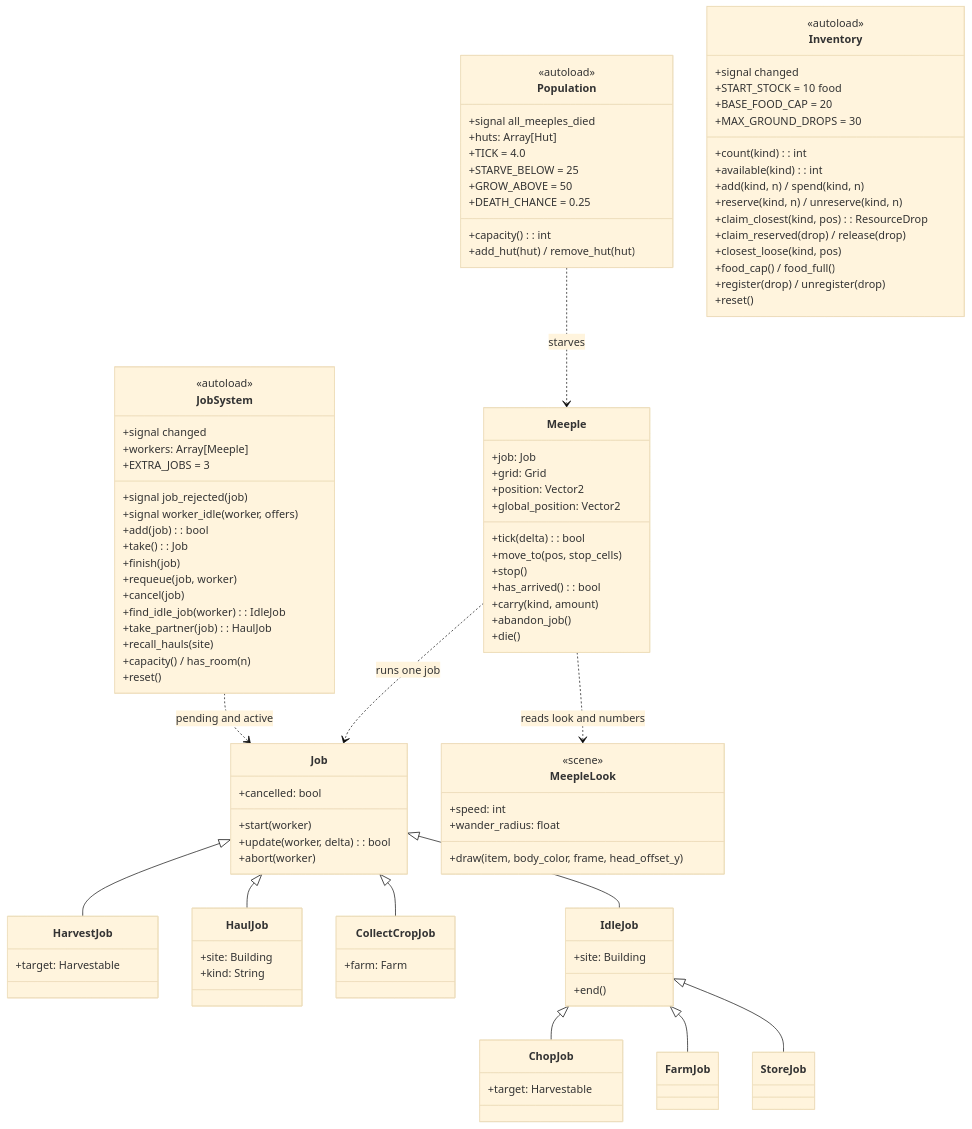
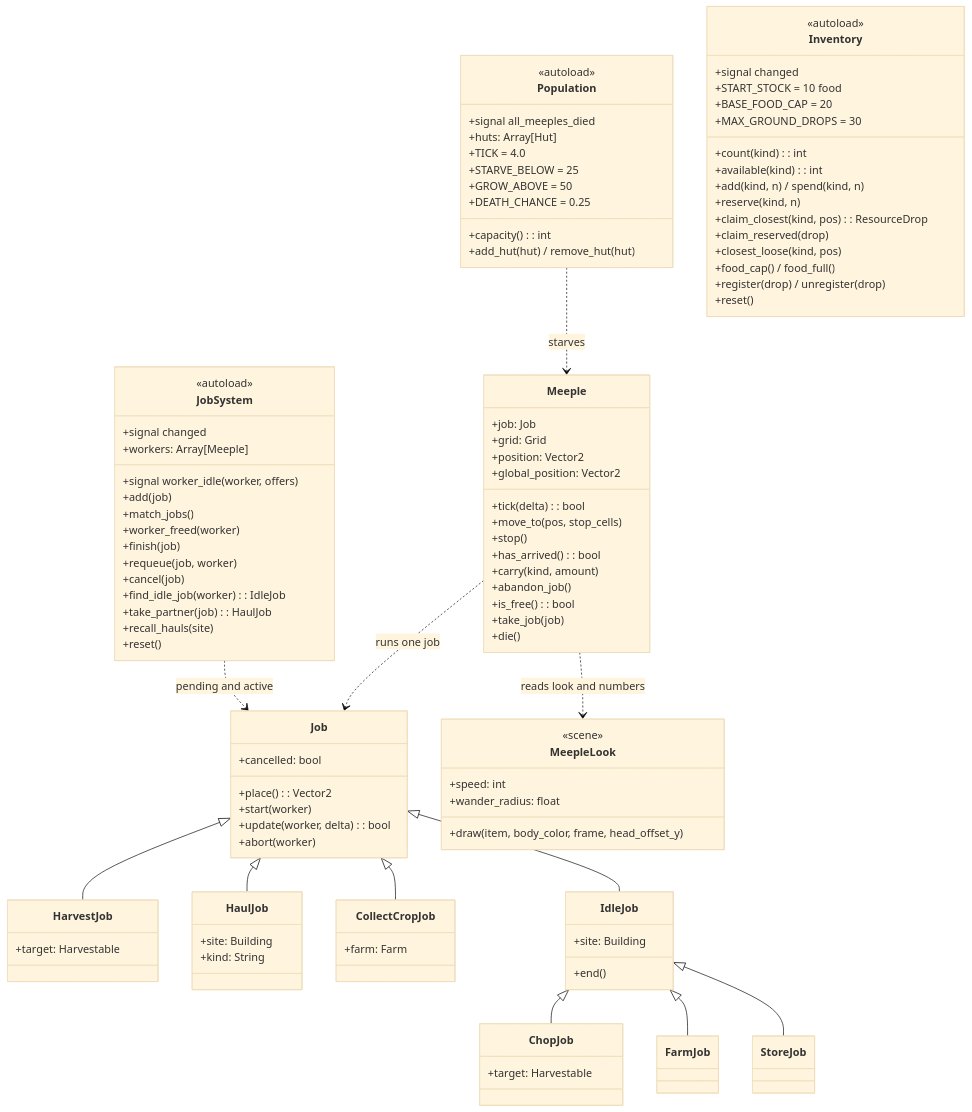
One commit to Liam-M-Mays/game-jam-2026 changed the ninth of 10 diagrams in docs/architecture.md. Above: the diagram before and after it, drawn with Mermaid (base theme). The commit also changed other lines of this file and 25 other files, not shown here.

First line of the commit message:
Jobs and free meeples find the nearest, with no job limit

```diff
--- a/docs/architecture.md
+++ b/docs/architecture.md
@@ -497,23 +492,22 @@
     class JobSystem {
         <<autoload>>
         +signal changed
-        +signal job_rejected(job)
         +signal worker_idle(worker, offers)
         +workers: Array[Meeple]
-        +EXTRA_JOBS = 3
-        +add(job): bool
-        +take(): Job
+        +add(job)
+        +match_jobs()
+        +worker_freed(worker)
         +finish(job)
         +requeue(job, worker)
         +cancel(job)
         +find_idle_job(worker): IdleJob
         +take_partner(job): HaulJob
         +recall_hauls(site)
-        +capacity() / has_room(n)
         +reset()
     }
     class Job {
         +cancelled: bool
+        +place(): Vector2
         +start(worker)
         +update(worker, delta): bool
         +abort(worker)
@@ -529,6 +523,8 @@
         +has_arrived(): bool
         +carry(kind, amount)
         +abandon_job()
+        +is_free(): bool
+        +take_job(job)
         +die()
     }
     class MeepleLook {
@@ -557,9 +553,9 @@
         +count(kind): int
         +available(kind): int
         +add(kind, n) / spend(kind, n)
-        +reserve(kind, n) / unreserve(kind, n)
+        +reserve(kind, n)
         +claim_closest(kind, pos): ResourceDrop
-        +claim_reserved(drop) / release(drop)
+        +claim_reserved(drop)
         +closest_loose(kind, pos)
         +food_cap() / food_full()
         +register(drop) / unregister(drop)
```
